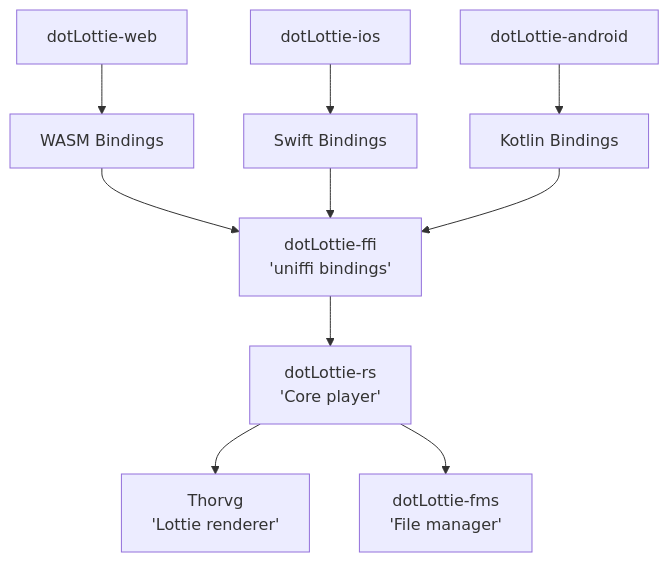
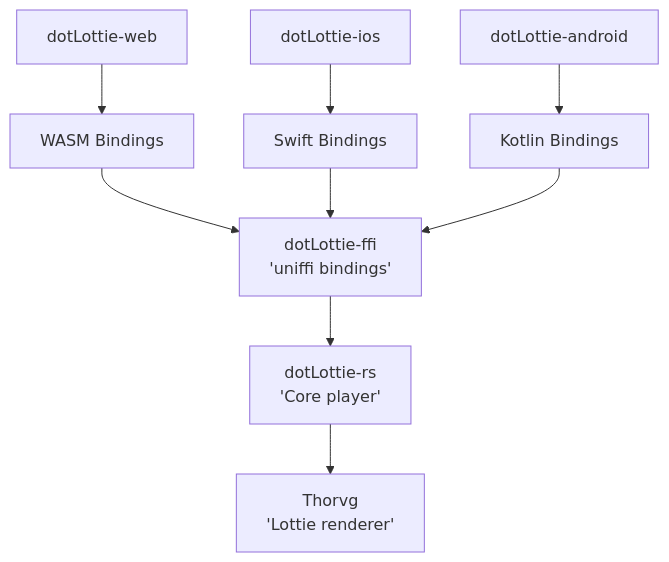
Before and after one commit to LottieFiles/dotlottie-rs: the diagram in README.md, drawn with Mermaid. The commit also changed other lines of this file and 28 other files, not shown here.

````diff
--- a/README.md
+++ b/README.md
@@ -15,15 +15,14 @@
-  ```mermaid
-  flowchart TD
-    A[dotLottie-web] --> WASM+Bindings[WASM Bindings]
-    B[dotLottie-ios] --> swift+Bindings[Swift Bindings]
-    C[dotLottie-android] --> kotlin+Bindings[Kotlin Bindings]
+```mermaid
+flowchart TD
+  A[dotLottie-web] --> WASM+Bindings[WASM Bindings]
+  B[dotLottie-ios] --> swift+Bindings[Swift Bindings]
+  C[dotLottie-android] --> kotlin+Bindings[Kotlin Bindings]
 
-    WASM+Bindings --> dotLottie-ffi[dotLottie-ffi \n 'uniffi bindings']
-    swift+Bindings --> dotLottie-ffi[dotLottie-ffi \n 'uniffi bindings']
-    kotlin+Bindings --> dotLottie-ffi[dotLottie-ffi \n 'uniffi bindings']
+  WASM+Bindings --> dotLottie-ffi[dotLottie-ffi \n 'uniffi bindings']
+  swift+Bindings --> dotLottie-ffi[dotLottie-ffi \n 'uniffi bindings']
+  kotlin+Bindings --> dotLottie-ffi[dotLottie-ffi \n 'uniffi bindings']
 
-    dotLottie-ffi --> dotlottiers[dotLottie-rs \n 'Core player']
+  dotLottie-ffi --> dotlottiers[dotLottie-rs \n 'Core player']
 
-    dotlottiers --> Thorvg[Thorvg \n 'Lottie renderer']
-    dotlottiers --> dotlotttie-fms[dotLottie-fms \n'File manager']
-  ```
+  dotlottiers --> Thorvg[Thorvg \n 'Lottie renderer']
+```
````
